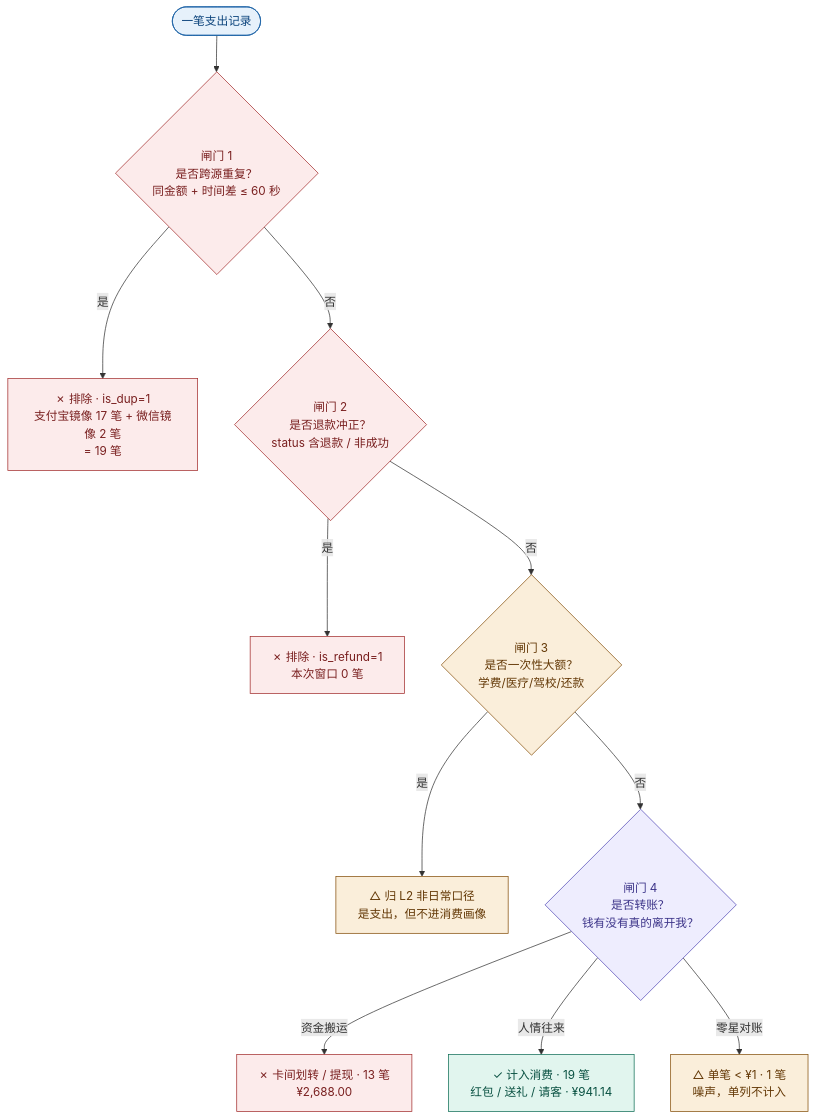
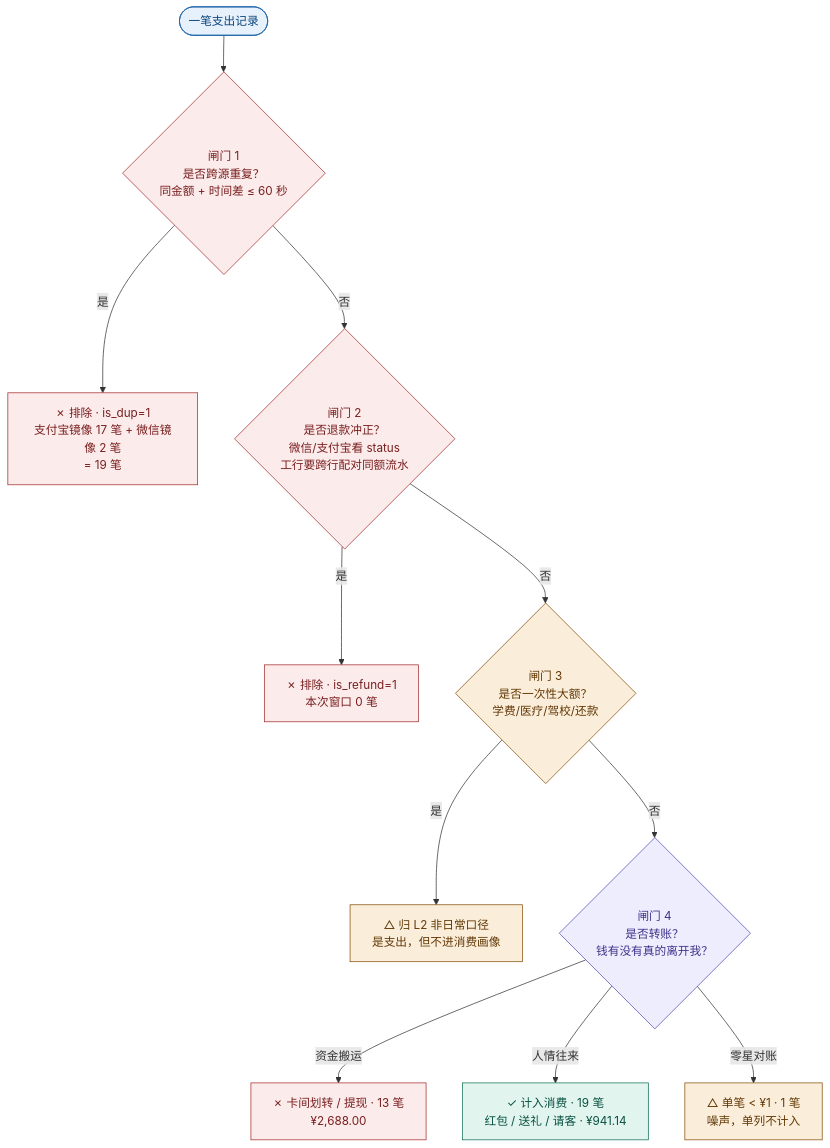
The diagram in 03_消费判定决策树.md (tiantian-yue/money-analyse), drawn with Mermaid before and after one commit. The commit also changed other lines of this file and 12 other files, not shown here.

````diff
--- a/03_消费判定决策树.md
+++ b/03_消费判定决策树.md
@@ -8,28 +8,28 @@
 ```mermaid
 flowchart TD
     START(["一笔支出记录"])
 
     START --> G1{"闸门 1<br/>是否跨源重复？<br/>同金额 + 时间差 ≤ 60 秒"}
     G1 -->|"是"| X1["✗ 排除 · is_dup=1<br/>支付宝镜像 17 笔 + 微信镜像 2 笔<br/>= 19 笔"]
-    G1 -->|"否"| G2{"闸门 2<br/>是否退款冲正？<br/>status 含退款 / 非成功"}
+    G1 -->|"否"| G2{"闸门 2<br/>是否退款冲正？<br/>微信/支付宝看 status<br/>工行要跨行配对同额流水"}
     G2 -->|"是"| X2["✗ 排除 · is_refund=1<br/>本次窗口 0 笔"]
     G2 -->|"否"| G3{"闸门 3<br/>是否一次性大额？<br/>学费/医疗/驾校/还款"}
     G3 -->|"是"| X3["△ 归 L2 非日常口径<br/>是支出，但不进消费画像"]
     G3 -->|"否"| G4{"闸门 4<br/>是否转账？<br/>钱有没有真的离开我？"}
 
     G4 -->|"资金搬运"| X4["✗ 卡间划转 / 提现 · 13 笔<br/>¥2,688.00"]
     G4 -->|"人情往来"| OK["✓ 计入消费 · 19 笔<br/>红包 / 送礼 / 请客 · ¥941.14"]
     G4 -->|"零星对账"| X5["△ 单笔 &lt; ¥1 · 1 笔<br/>噪声，单列不计入"]
 
     style START fill:#E6F1FB,stroke:#185FA5,color:#0C447C
     style G1 fill:#FCEBEB,stroke:#A32D2D,color:#791F1F
     style G2 fill:#FCEBEB,stroke:#A32D2D,color:#791F1F
     style G3 fill:#FAEEDA,stroke:#854F0B,color:#633806
     style G4 fill:#EEEDFE,stroke:#534AB7,color:#3C3489
     style X1 fill:#FCEBEB,stroke:#A32D2D,color:#791F1F
     style X2 fill:#FCEBEB,stroke:#A32D2D,color:#791F1F
     style X3 fill:#FAEEDA,stroke:#854F0B,color:#633806
     style X4 fill:#FCEBEB,stroke:#A32D2D,color:#791F1F
     style X5 fill:#FAEEDA,stroke:#854F0B,color:#633806
     style OK fill:#E1F5EE,stroke:#0F6E56,color:#085041
 ```
````
